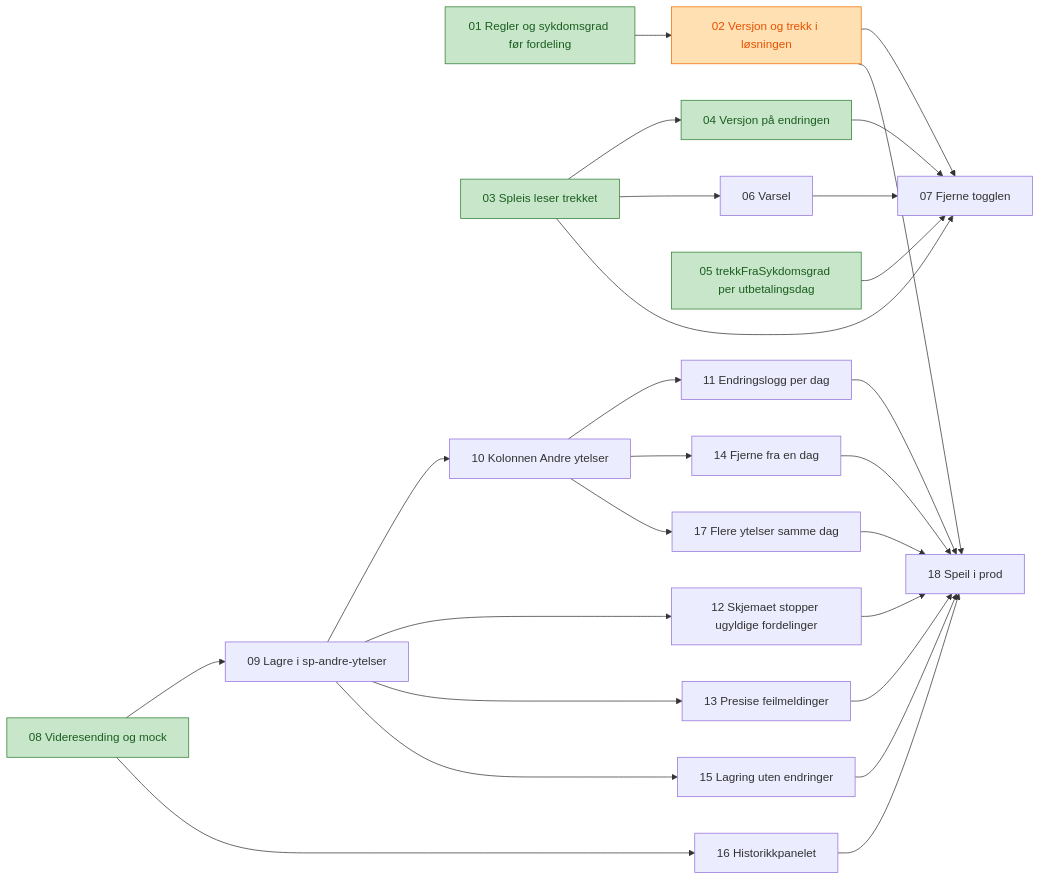
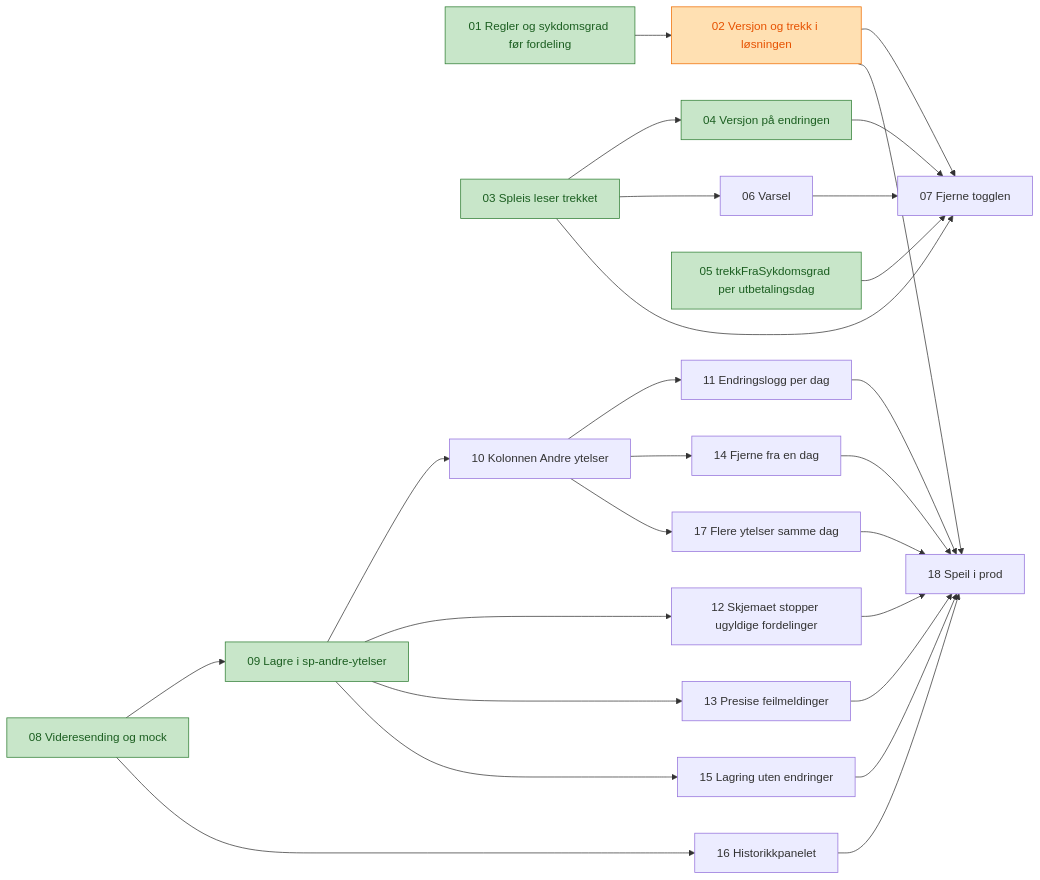
Before and after one commit to navikt/helse-sas-meta: the diagram in docs/tickets/graderte-andre-ytelser/index.md, drawn with Mermaid. The commit also changed other lines of this file and 2 other files, not shown here.

Commit message:
✅ Setter ticket 09 for graderte andre ytelser til ferdig
Legger til et kriterium i ticket 12 om dager uten sykdomsgrad i Spleis.

````diff
--- a/docs/tickets/graderte-andre-ytelser/index.md
+++ b/docs/tickets/graderte-andre-ytelser/index.md
@@ -26,33 +26,33 @@
 ```mermaid
 flowchart LR
     T01[01 Regler og sykdomsgrad før fordeling] --> T02[02 Versjon og trekk i løsningen]
     T03[03 Spleis leser trekket] --> T04[04 Versjon på endringen]
     T03 --> T06[06 Varsel]
     T02 --> T07[07 Fjerne togglen]
     T03 --> T07
     T04 --> T07
     T05[05 trekkFraSykdomsgrad per utbetalingsdag] --> T07
     T06 --> T07
     T08[08 Videresending og mock] --> T09[09 Lagre i sp-andre-ytelser]
     T09 --> T10[10 Kolonnen Andre ytelser]
     T10 --> T11[11 Endringslogg per dag]
     T09 --> T12[12 Skjemaet stopper ugyldige fordelinger]
     T09 --> T13[13 Presise feilmeldinger]
     T10 --> T14[14 Fjerne fra en dag]
     T09 --> T15[15 Lagring uten endringer]
     T08 --> T16[16 Historikkpanelet]
     T10 --> T17[17 Flere ytelser samme dag]
     T02 --> T18[18 Speil i prod]
     T11 --> T18
     T12 --> T18
     T13 --> T18
     T14 --> T18
     T15 --> T18
     T16 --> T18
     T17 --> T18
 
     classDef ferdig fill:#c8e6c9,stroke:#2e7d32,color:#1b5e20
     classDef pagar fill:#ffe0b2,stroke:#ef6c00,color:#e65100
-    class T01,T03,T04,T05,T08 ferdig
+    class T01,T03,T04,T05,T08,T09 ferdig
     class T02 pagar
 ```
````
